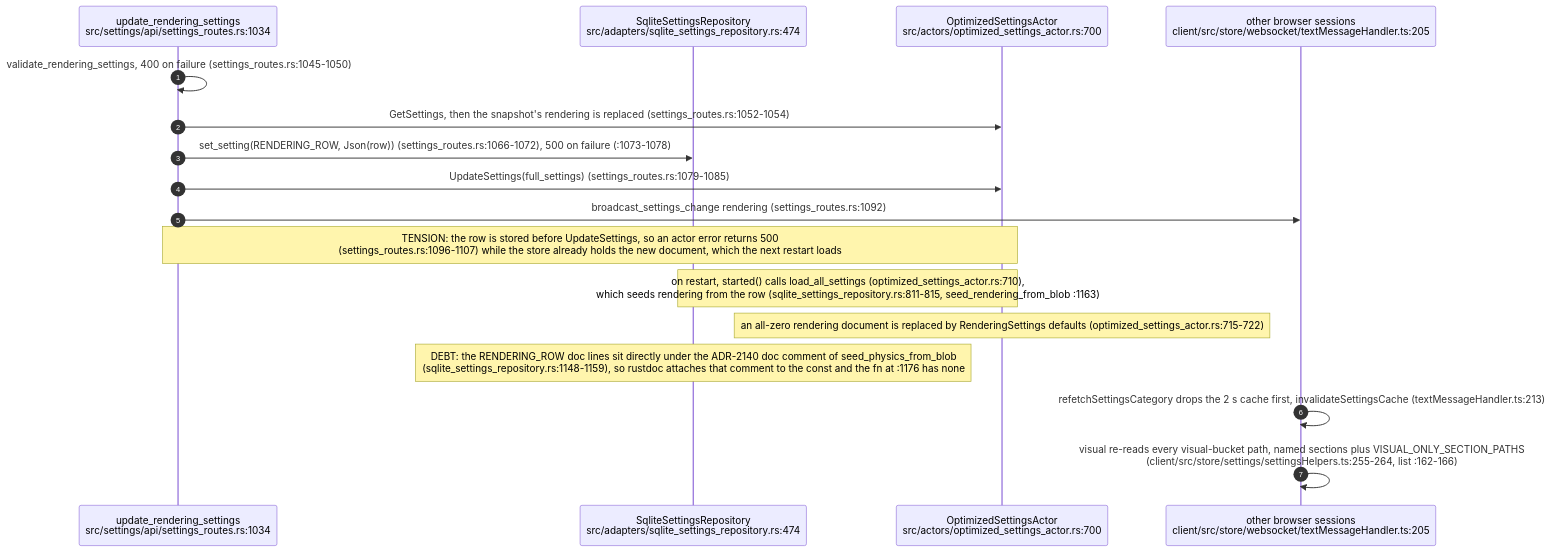
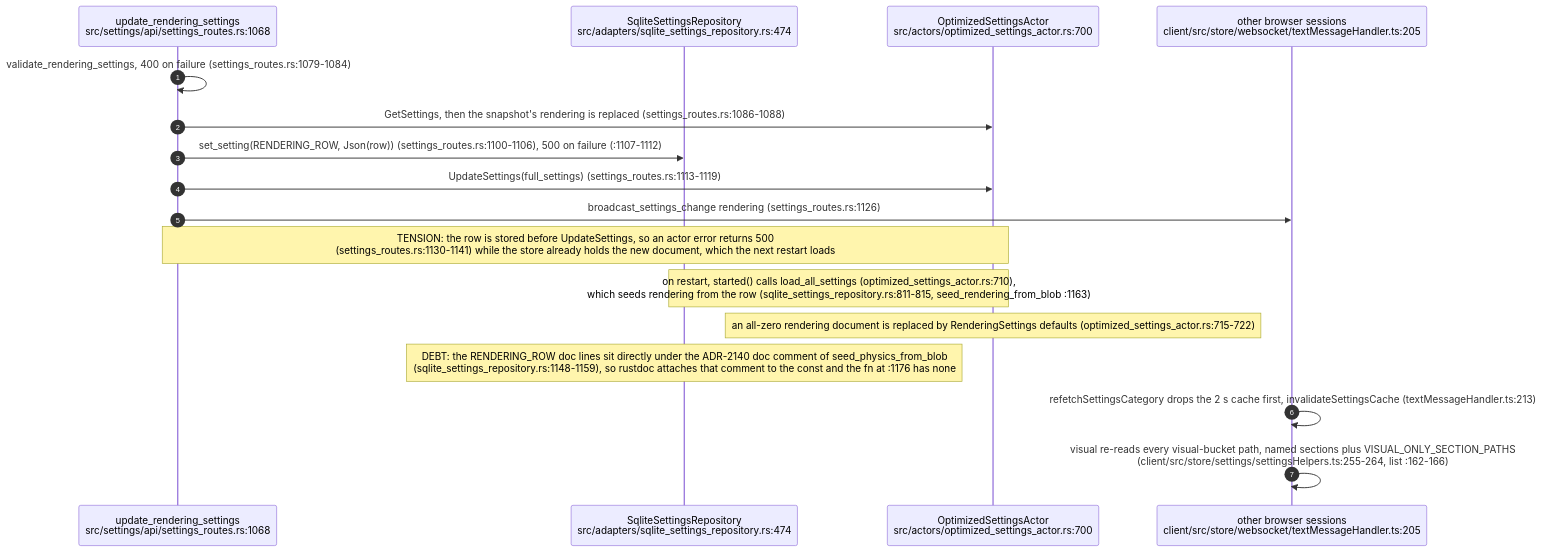
The ninth of 9 diagrams in docs/diagrams/visionclaw/06-settings-round-trip.md (DreamLab-AI/VisionFlow), drawn with Mermaid before and after one commit. The commit also changed other lines of this file and 7 other files, not shown here.

````diff
--- a/docs/diagrams/visionclaw/06-settings-round-trip.md
+++ b/docs/diagrams/visionclaw/06-settings-round-trip.md
@@ -346,20 +339,20 @@
 ```mermaid
 sequenceDiagram
     autonumber
-    participant H as update_rendering_settings<br/>src/settings/api/settings_routes.rs:1034
+    participant H as update_rendering_settings<br/>src/settings/api/settings_routes.rs:1068
     participant AD as SqliteSettingsRepository<br/>src/adapters/sqlite_settings_repository.rs:474
     participant ACT as OptimizedSettingsActor<br/>src/actors/optimized_settings_actor.rs:700
     participant B as other browser sessions<br/>client/src/store/websocket/textMessageHandler.ts:205
 
-    H->>H: validate_rendering_settings, 400 on failure (settings_routes.rs:1045-1050)
-    H->>ACT: GetSettings, then the snapshot's rendering is replaced (settings_routes.rs:1052-1054)
-    H->>AD: set_setting(RENDERING_ROW, Json(row)) (settings_routes.rs:1066-1072), 500 on failure (:1073-1078)
-    H->>ACT: UpdateSettings(full_settings) (settings_routes.rs:1079-1085)
-    H->>B: broadcast_settings_change rendering (settings_routes.rs:1092)
-    Note over H,ACT: TENSION: the row is stored before UpdateSettings, so an actor error returns 500<br/>(settings_routes.rs:1096-1107) while the store already holds the new document, which the next restart loads
+    H->>H: validate_rendering_settings, 400 on failure (settings_routes.rs:1079-1084)
+    H->>ACT: GetSettings, then the snapshot's rendering is replaced (settings_routes.rs:1086-1088)
+    H->>AD: set_setting(RENDERING_ROW, Json(row)) (settings_routes.rs:1100-1106), 500 on failure (:1107-1112)
+    H->>ACT: UpdateSettings(full_settings) (settings_routes.rs:1113-1119)
+    H->>B: broadcast_settings_change rendering (settings_routes.rs:1126)
+    Note over H,ACT: TENSION: the row is stored before UpdateSettings, so an actor error returns 500<br/>(settings_routes.rs:1130-1141) while the store already holds the new document, which the next restart loads
     Note over ACT,AD: on restart, started() calls load_all_settings (optimized_settings_actor.rs:710),<br/>which seeds rendering from the row (sqlite_settings_repository.rs:811-815, seed_rendering_from_blob :1163)
     Note over ACT: an all-zero rendering document is replaced by RenderingSettings defaults (optimized_settings_actor.rs:715-722)
     Note over AD: DEBT: the RENDERING_ROW doc lines sit directly under the ADR-2140 doc comment of seed_physics_from_blob<br/>(sqlite_settings_repository.rs:1148-1159), so rustdoc attaches that comment to the const and the fn at :1176 has none
     B->>B: refetchSettingsCategory drops the 2 s cache first, invalidateSettingsCache (textMessageHandler.ts:213)
     B->>B: visual re-reads every visual-bucket path, named sections plus VISUAL_ONLY_SECTION_PATHS<br/>(client/src/store/settings/settingsHelpers.ts:255-264, list :162-166)
 ```
````
